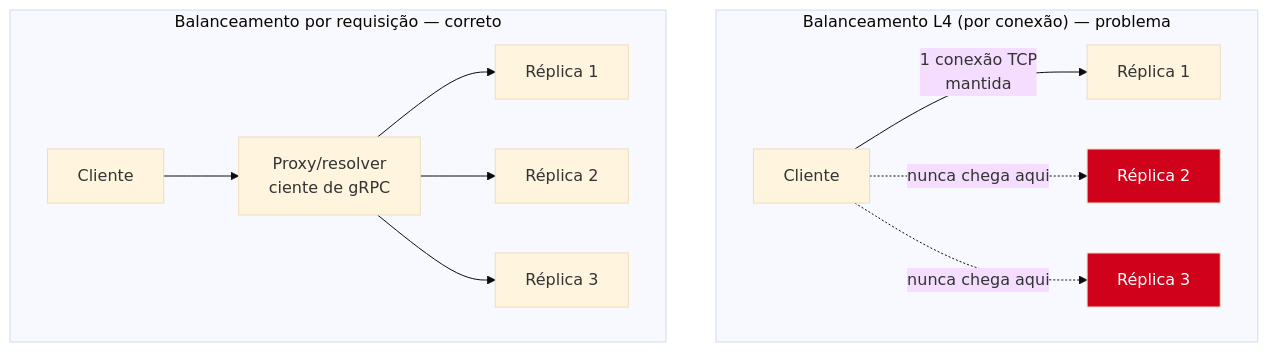
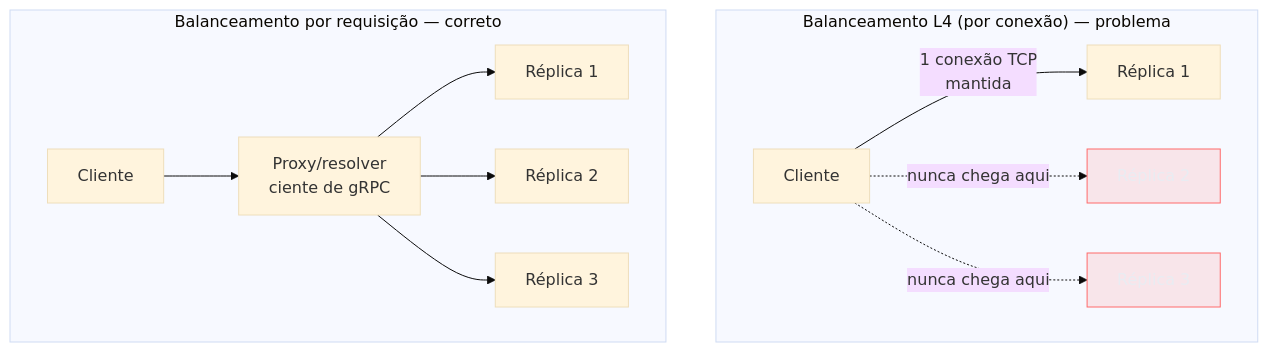
Before and after one commit to josenaldo/codex-technomanticus: the fifth of 5 diagrams in 03-Dominios/Tecnologia/Go/12 - gRPC e protobuf/07 - gRPC em produção.md, drawn with Mermaid (base theme). The commit also changed other lines of this file and 1181 other files, not shown here.

First line of the commit message:
fix(diagramas): paleta do sistema no lugar de cor cravada no markdown

````diff
--- a/03-Dominios/Tecnologia/Go/12 - gRPC e protobuf/07 - gRPC em produção.md
+++ b/03-Dominios/Tecnologia/Go/12 - gRPC e protobuf/07 - gRPC em produção.md
@@ -327,20 +329,21 @@
 ```mermaid
 flowchart TB
+    classDef falha fill:#FF6B6B24,stroke:#FF6B6B,color:#E9ECF2
     subgraph "Balanceamento L4 (por conexão) — problema"
         C1["Cliente"] -->|"1 conexão TCP\nmantida"| R1["Réplica 1"]
         R2b["Réplica 2"]
         R3b["Réplica 3"]
         C1 -.->|"nunca chega aqui"| R2b
         C1 -.->|"nunca chega aqui"| R3b
     end
 
     subgraph "Balanceamento por requisição — correto"
         C2["Cliente"] --> P["Proxy/resolver\nciente de gRPC"]
         P --> R1b["Réplica 1"]
         P --> R2c["Réplica 2"]
         P --> R3c["Réplica 3"]
     end
 
-    style R2b fill:#D0021B,color:#fff
-    style R3b fill:#D0021B,color:#fff
+    class R2b falha
+    class R3b falha
 ```
````
